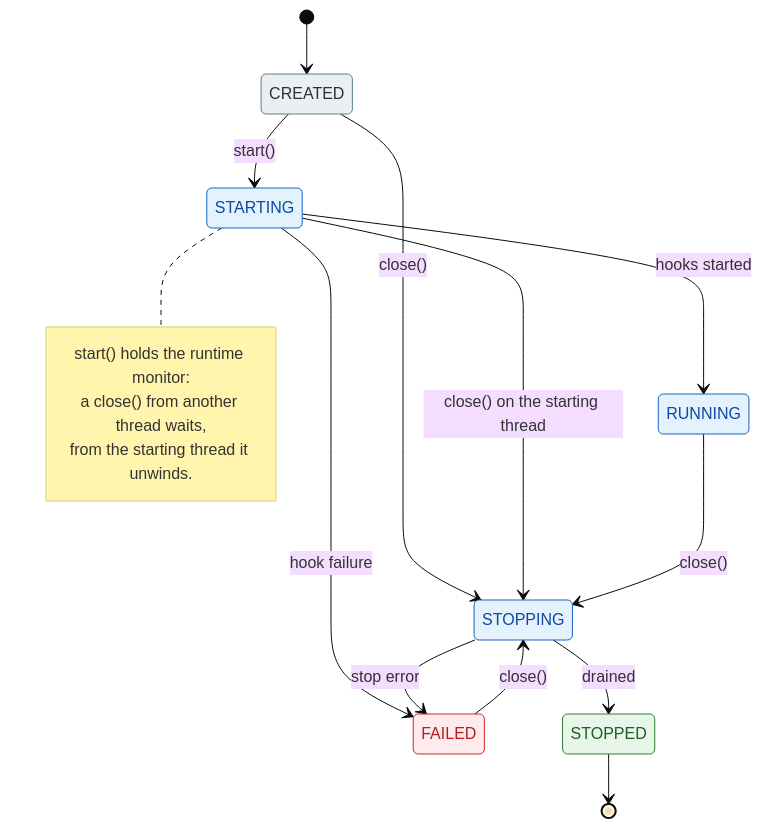
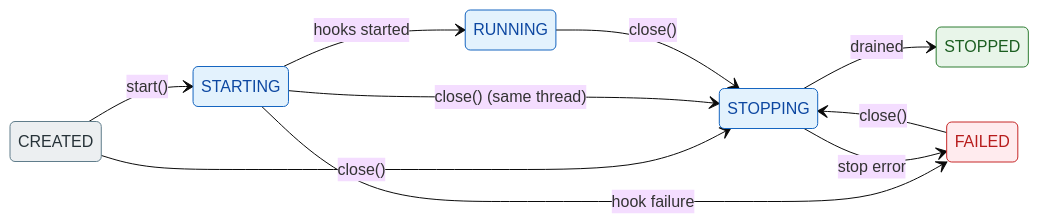
One commit to dzb/freeway changed the diagram in README.md. Above: the diagram before and after it, drawn with Mermaid (base theme). The commit also changed other lines of this file, not shown here.

Commit message:
docs：生命周期状态图改为横向布局，去掉说明框
上一版竖向 444x512，中间有一条明显空白带（STARTING→STOPPING 直落、两侧各一簇）。
改 direction LR 后为 984x217——同一张图，竖向高度降到原来的 42%，中间不再空旷。
说明框（start() 持监视器）移入图下正文，文字不占版面；起止标记一并省去。

````diff
--- a/README.md
+++ b/README.md
@@ -241,36 +241,21 @@
 ```mermaid
 stateDiagram-v2
-    [*] --> CREATED
-
+    direction LR
     CREATED --> STARTING : start()
     CREATED --> STOPPING : close()
-
     STARTING --> RUNNING : hooks started
     STARTING --> FAILED : hook failure
-    STARTING --> STOPPING : close() on the starting thread
-
+    STARTING --> STOPPING : close() (same thread)
     RUNNING --> STOPPING : close()
-
     STOPPING --> STOPPED : drained
     STOPPING --> FAILED : stop error
-
     FAILED --> STOPPING : close()
-
-    STOPPED --> [*]
-
-    note right of STARTING
-        start() holds the runtime monitor:
-        a close() from another thread waits,
-        from the starting thread it unwinds.
-    end note
-
     classDef idle fill:#eceff1,stroke:#607d8b,color:#263238
     classDef live fill:#e3f2fd,stroke:#1565c0,color:#0d47a1
     classDef ok fill:#e8f5e9,stroke:#2e7d32,color:#1b5e20
     classDef bad fill:#ffebee,stroke:#c62828,color:#b71c1c
-
     class CREATED idle
     class STARTING,RUNNING,STOPPING live
     class STOPPED ok
     class FAILED bad
 ```
````
